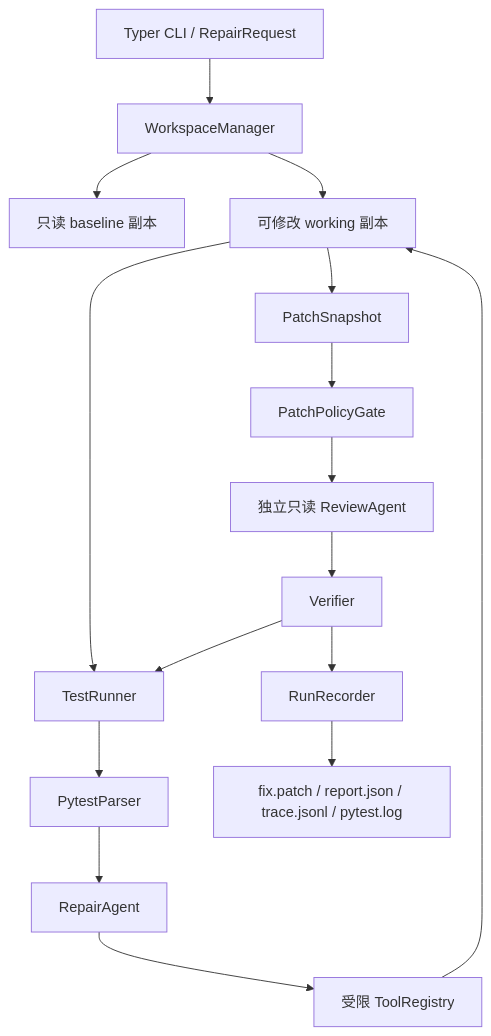
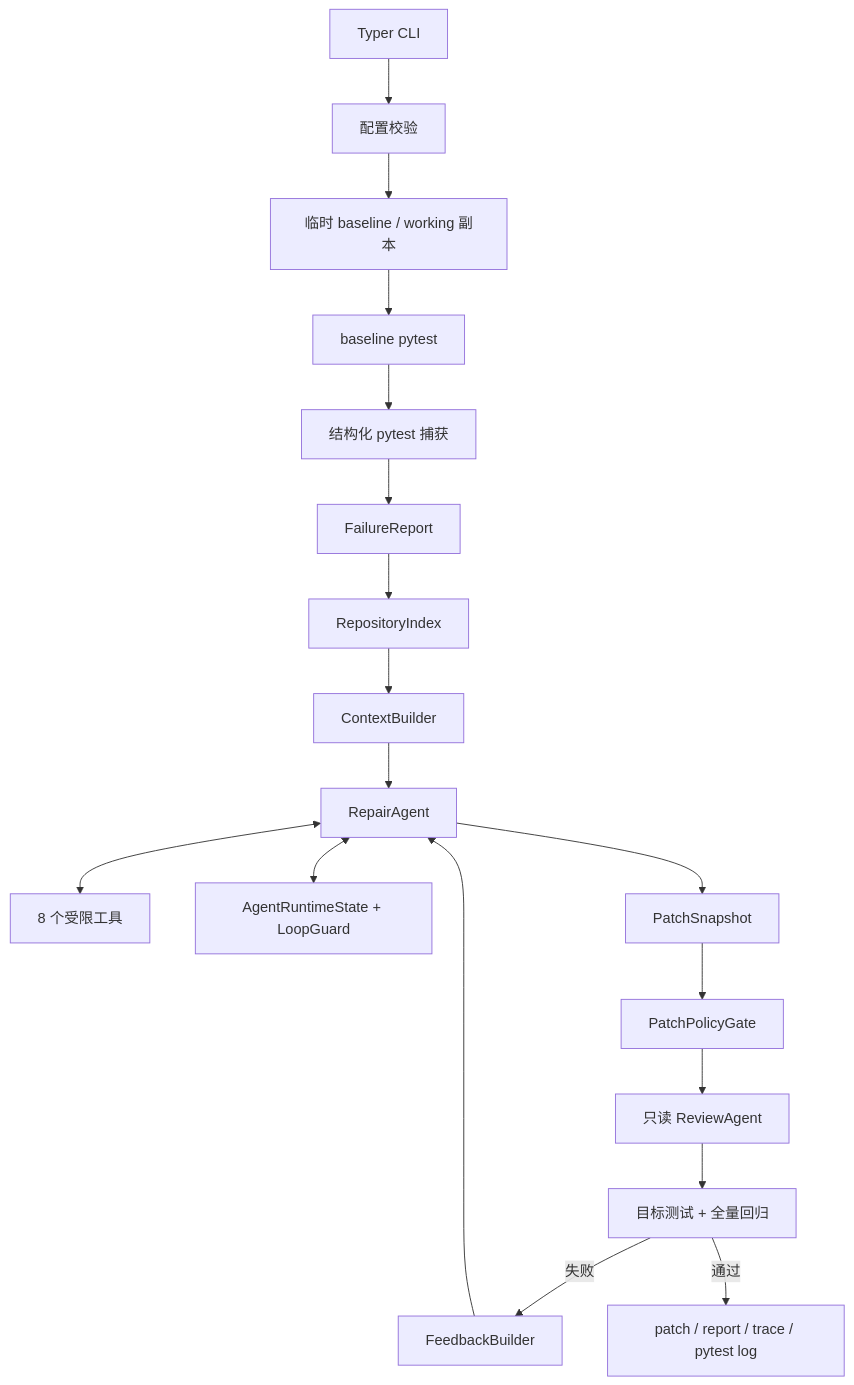
One commit to JerryWu-gith/pyrepair-agent changed the diagram in docs/architecture.md. Above: the diagram before and after it, drawn with Mermaid. The commit also changed other lines of this file, not shown here.

Commit message:
docs: synchronize PyRepair architecture guide

````diff
--- a/docs/architecture.md
+++ b/docs/architecture.md
@@ -11,18 +7,20 @@
 ```mermaid
 flowchart TD
-    CLI["Typer CLI / RepairRequest"] --> WM["WorkspaceManager"]
-    WM --> BASE["只读 baseline 副本"]
-    WM --> WORK["可修改 working 副本"]
-    WORK --> TEST["TestRunner"]
-    TEST --> PARSER["PytestParser"]
-    PARSER --> AGENT["RepairAgent"]
-    AGENT --> TOOLS["受限 ToolRegistry"]
-    TOOLS --> WORK
-    WORK --> SNAPSHOT["PatchSnapshot"]
-    SNAPSHOT --> POLICY["PatchPolicyGate"]
-    POLICY --> REVIEW["独立只读 ReviewAgent"]
-    REVIEW --> VERIFY["Verifier"]
-    VERIFY --> TEST
-    VERIFY --> RECORDER["RunRecorder"]
-    RECORDER --> ARTIFACTS["fix.patch / report.json / trace.jsonl / pytest.log"]
+    CLI["Typer CLI"] --> CFG["配置校验"]
+    CFG --> WS["临时 baseline / working 副本"]
+    WS --> BASE["baseline pytest"]
+    BASE --> CAP["结构化 pytest 捕获"]
+    CAP --> PARSE["FailureReport"]
+    PARSE --> INDEX["RepositoryIndex"]
+    INDEX --> CONTEXT["ContextBuilder"]
+    CONTEXT --> REPAIR["RepairAgent"]
+    REPAIR <--> TOOLS["8 个受限工具"]
+    REPAIR <--> STATE["AgentRuntimeState + LoopGuard"]
+    REPAIR --> SNAP["PatchSnapshot"]
+    SNAP --> POLICY["PatchPolicyGate"]
+    POLICY --> REVIEW["只读 ReviewAgent"]
+    REVIEW --> VERIFY["目标测试 + 全量回归"]
+    VERIFY -->|失败| FEEDBACK["FeedbackBuilder"]
+    FEEDBACK --> REPAIR
+    VERIFY -->|通过| ARTIFACTS["patch / report / trace / pytest log"]
 ```
````
